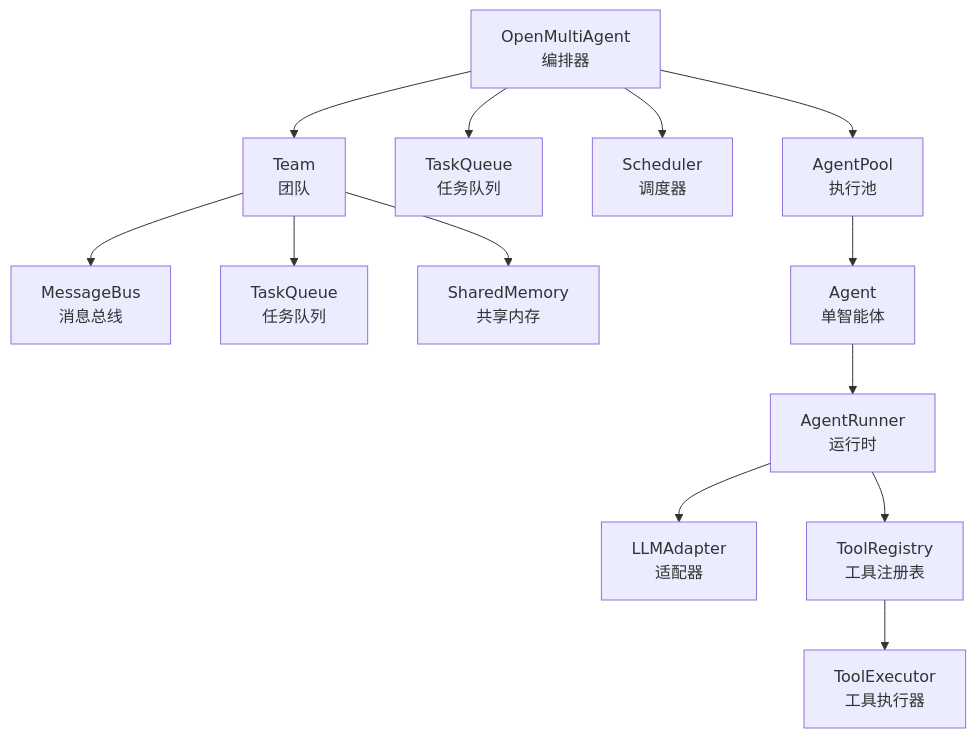
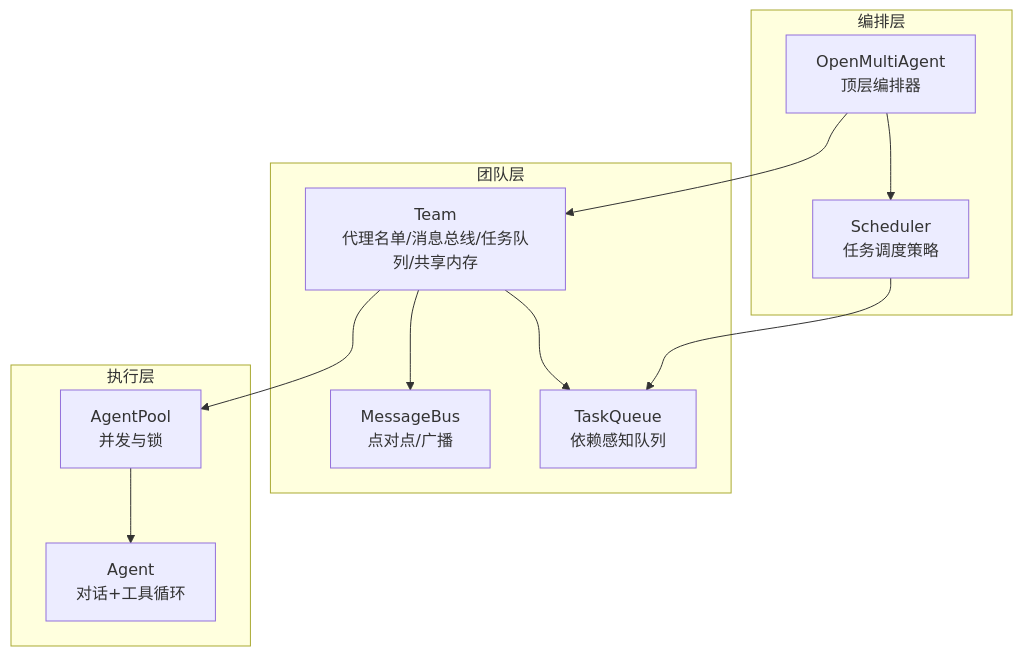
One commit to haolange/open-multi-agent changed the first of 7 diagrams in .qoder/repowiki/zh/content/核心概念/核心概念.md. Above: the diagram before and after it, drawn with Mermaid. The commit also changed other lines of this file and 100 other files, not shown here.

````diff
--- a/.qoder/repowiki/zh/content/核心概念/核心概念.md
+++ b/.qoder/repowiki/zh/content/核心概念/核心概念.md
@@ -52,15 +50,23 @@
 ```mermaid
 graph TB
-OM["OpenMultiAgent<br/>编排器"] --> T["Team<br/>团队"]
-OM --> SQ["TaskQueue<br/>任务队列"]
-OM --> SCH["Scheduler<br/>调度器"]
-OM --> AP["AgentPool<br/>执行池"]
-T --> MB["MessageBus<br/>消息总线"]
-T --> TMQ["TaskQueue<br/>任务队列"]
-T --> SM["SharedMemory<br/>共享内存"]
-AP --> AG["Agent<br/>单智能体"]
-AG --> AR["AgentRunner<br/>运行时"]
-AR --> AD["LLMAdapter<br/>适配器"]
-AR --> TR["ToolRegistry<br/>工具注册表"]
-TR --> TE["ToolExecutor<br/>工具执行器"]
+subgraph "编排层"
+OM["OpenMultiAgent<br/>顶层编排器"]
+SCH["Scheduler<br/>任务调度策略"]
+end
+subgraph "团队层"
+TEAM["Team<br/>代理名单/消息总线/任务队列/共享内存"]
+MSG["MessageBus<br/>点对点/广播"]
+Q["TaskQueue<br/>依赖感知队列"]
+end
+subgraph "执行层"
+POOL["AgentPool<br/>并发与锁"]
+AG["Agent<br/>对话+工具循环"]
+end
+OM --> TEAM
+OM --> SCH
+TEAM --> Q
+TEAM --> MSG
+TEAM --> POOL
+POOL --> AG
+SCH --> Q
 ```
````
